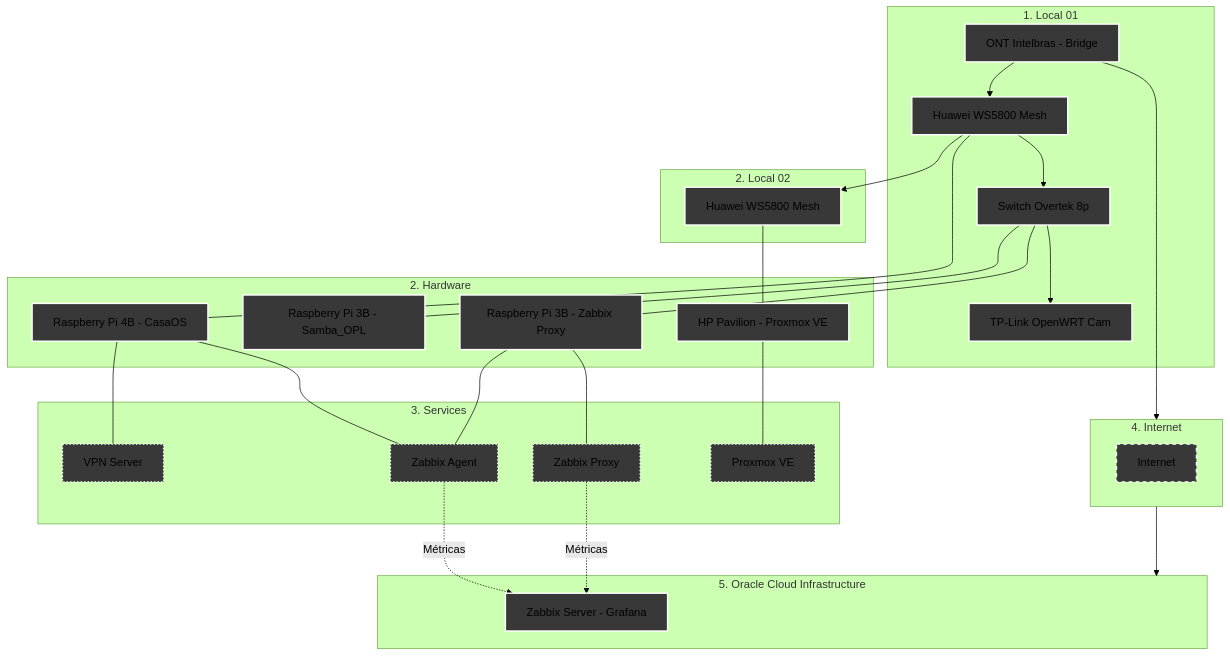
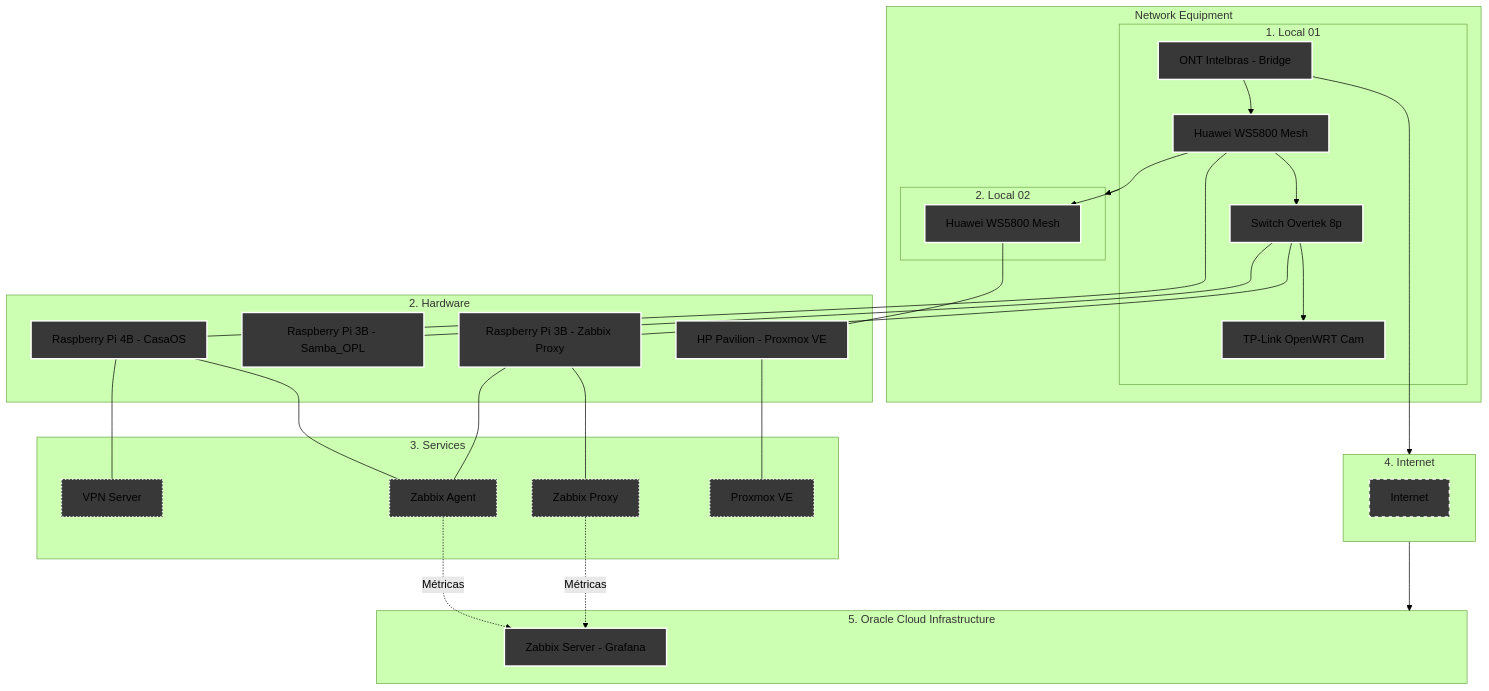
One commit to kevindexter22/Dr-Hardware-Autonet changed the diagram in Infraestructure/README.md. Above: the diagram before and after it, drawn with Mermaid (forest theme).

````diff
--- a/Infraestructure/README.md
+++ b/Infraestructure/README.md
@@ -13,55 +13,57 @@
 ```mermaid
 graph TD
     %% Styles
     classDef network fill:#383838,stroke:#FFFFFF,stroke-width:2px;
     classDef hardware fill:#383838,stroke:#FFFFFF,stroke-width:2px;
     classDef internet fill:#383838,stroke:#FFFFFF,stroke-width:2px,stroke-dasharray: 5 5;
     classDef services fill:#383838,stroke:#FFFFFF,stroke-width:2px, stroke-dasharray: 2 3;
     classDef oci fill:#383838,stroke:#FFFFFF,stroke-width:2px;
 
     %% 1. NETWORK EQUIPMENT
+    subgraph Principal["Network Equipment"]
     subgraph S1 [1. Local 01]
         ONT[ONT Intelbras - Bridge]:::network --> R_Mesh1[Huawei WS5800 Mesh]:::network
         R_Mesh1 --> SW1[Switch Overtek 8p]:::network
         SW1 --> R_Cams[TP-Link OpenWRT Cam]:::network    
     end
     subgraph S2 [2. Local 02]
         R_Mesh1 --> R_Mesh2[Huawei WS5800 Mesh]:::network
     end
-
+    S1 --> S2
+    end
     %% 2. HARDWARE
     subgraph S3 [2. Hardware]
         R_Mesh1 --- RPi4B[Raspberry Pi 4B - CasaOS]:::hardware
         SW1 --- RPi3B_1[Raspberry Pi 3B - Samba_OPL]:::hardware
         SW1 --- RPi3B_2[Raspberry Pi 3B - Zabbix Proxy]:::hardware
         R_Mesh2 --- HP[HP Pavilion - Proxmox VE]:::hardware
     end
 
     %% 3. SERVICES     
     subgraph S4 [3. Services];
         RPi4B --- VPN[VPN Server]:::services
         RPi4B --- ZA[Zabbix Agent]:::services
         RPi3B_2 --- ZA[Zabbix Agent]:::services
         RPi3B_2 --- ZP[Zabbix Proxy]:::services
         HP --- PVE[Proxmox VE]:::services        
     end
 
     %% 4. Internet (The Bridge)
     subgraph S5 [4. Internet]
            internet[Internet]:::internet
     end
 
     %% 5. Oracle Cloud Infrastructure
     subgraph S6 [5. Oracle Cloud Infrastructure]
         ZS[Zabbix Server - Grafana]:::oci
     end
 
     %% Conections of data flow
     ONT --> S5
     S5 --> S6
     
     %% Logical conections
     ZA -.-> |Métricas| ZS
     ZP -.-> |Métricas| ZS 
 
 ```
````
